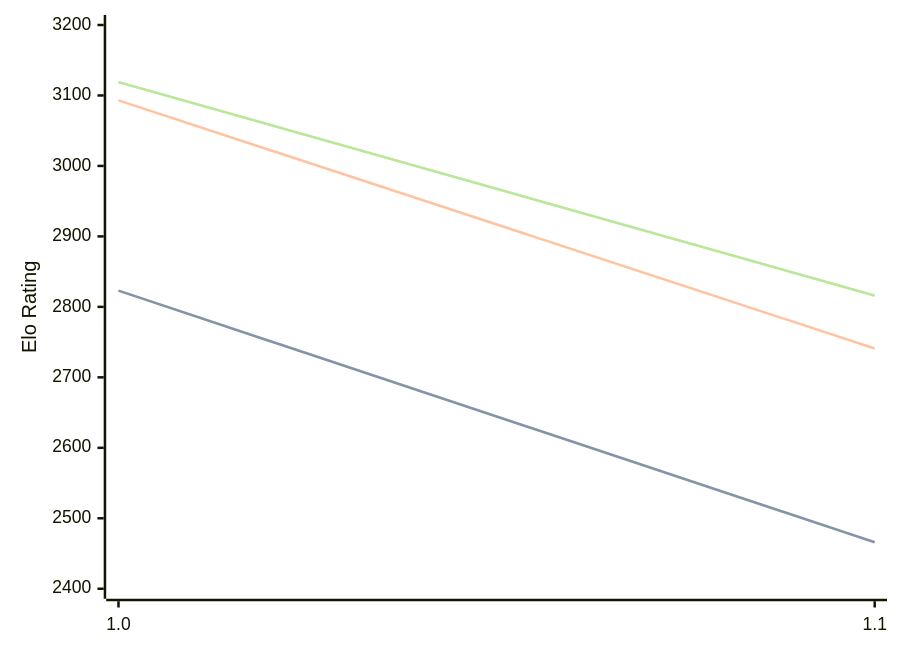
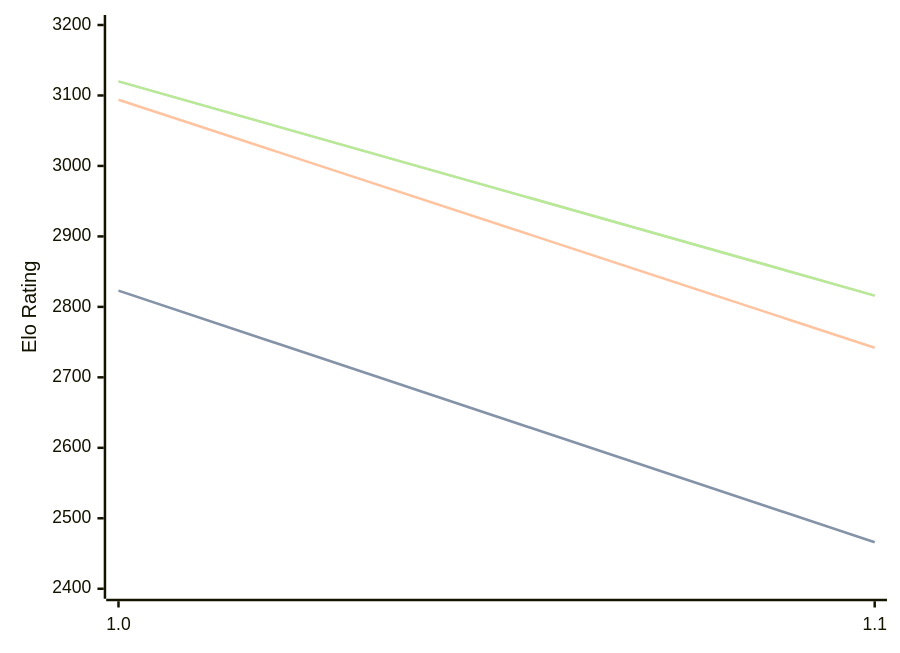
The first of 3 diagrams in engines/Publius.md (computer-chess-index/cci), drawn with Mermaid before and after one commit. The commit also changed other lines of this file, not shown here.

Commit message:
Update CCI Ratings (ELO VLTC) - 2026-06-16

````diff
--- a/engines/Publius.md
+++ b/engines/Publius.md
@@ -32,11 +32,11 @@
 ```mermaid
 %%{init: {"theme":"base","themeVariables":{"seriesColors:['#a3a3a3','#222221','#faa371']}}}%%
 xychart-beta
   x-axis ["1.0", "1.1"]
   y-axis "Elo Rating" 2400 --> 3200
   line "STC (8.0+0.08s)" [2823, 2466]
   line "STC (8.0+0.08s)" [2823, 2466]
-  line "LTC (60.0+0.60s)" [3093, 2741]
-  line "VLTC (2m24s+1.12s)" [3119, 2816]
-  line "VLTC (2m24s+1.12s)" [3119, 2816]
+  line "LTC (60.0+0.60s)" [3094, 2742]
+  line "VLTC (2m24s+1.12s)" [3120, 2816]
+  line "VLTC (2m24s+1.12s)" [3120, 2816]
 ```
````
